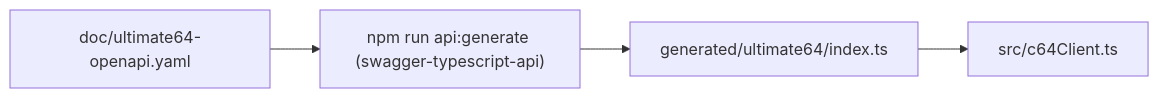
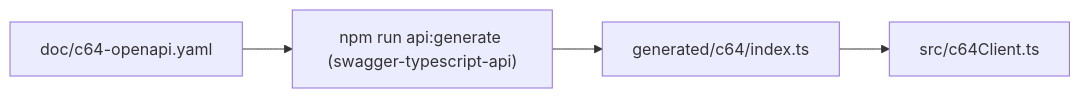
Before and after one commit to chrisgleissner/c64-mcp: the second of 2 diagrams in doc/developer.md, drawn with Mermaid. The commit also changed other lines of this file and 9 other files, not shown here.

First line of the commit message:
chore: standardize terminology to c64; rename OpenAPI and client paths

````diff
--- a/doc/developer.md
+++ b/doc/developer.md
@@ -76,9 +76,9 @@
 ```mermaid
 flowchart LR
-    OpenAPI["doc/ultimate64-openapi.yaml"]
+    OpenAPI["doc/c64-openapi.yaml"]
     Generator["npm run api:generate (swagger-typescript-api)"]
-    Generated["generated/ultimate64/index.ts"]
+    Generated["generated/c64/index.ts"]
     Facade["src/c64Client.ts"]
 
     OpenAPI --> Generator --> Generated --> Facade
 ```
````
